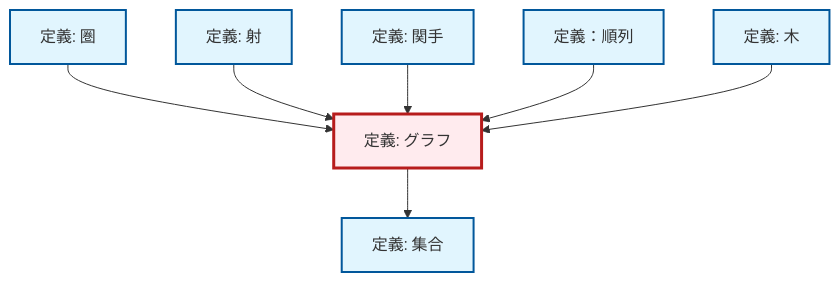
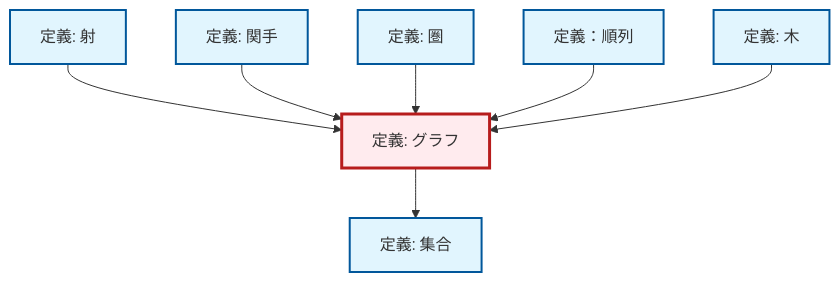
The diagram in content/ja/combinatorics/def-graph.qmd (RK0429/ModernMath), drawn with Mermaid before and after one commit. The commit also changed other lines of this file and 1012 other files, not shown here.

````diff
--- a/content/ja/combinatorics/def-graph.qmd
+++ b/content/ja/combinatorics/def-graph.qmd
@@ -94,29 +94,29 @@
 ```{mermaid}
 %%| fig-cap: "Local dependency graph"
 graph TD
     classDef definition fill:#e1f5fe,stroke:#01579b,stroke-width:2px
     classDef theorem fill:#f3e5f5,stroke:#4a148c,stroke-width:2px
     classDef axiom fill:#fff3e0,stroke:#e65100,stroke-width:2px
     classDef example fill:#e8f5e9,stroke:#1b5e20,stroke-width:2px
     classDef current fill:#ffebee,stroke:#b71c1c,stroke-width:3px
-    def-category["定義: 圏"]:::definition
-    def-graph["定義: グラフ"]:::definition
     def-set["定義: 集合"]:::definition
     def-permutation["定義：順列"]:::definition
+    def-graph["定義: グラフ"]:::definition
+    def-category["定義: 圏"]:::definition
+    def-functor["定義: 関手"]:::definition
+    def-morphism["定義: 射"]:::definition
     def-tree["定義: 木"]:::definition
-    def-morphism["定義: 射"]:::definition
-    def-functor["定義: 関手"]:::definition
-    def-category --> def-graph
     def-graph --> def-set
     def-morphism --> def-graph
     def-functor --> def-graph
+    def-category --> def-graph
     def-permutation --> def-graph
     def-tree --> def-graph
     class def-graph current
-    click def-category "def-category.html" "圏の定義へ"
     click def-set "def-set.html" "集合の定義へ"
     click def-permutation "def-permutation.html" "定義：順列へ"
+    click def-category "def-category.html" "圏の定義へ"
+    click def-functor "def-functor.html" "関手の定義へ"
+    click def-morphism "def-morphism.html" "射の定義へ"
     click def-tree "def-tree.html" "木の定義へ"
-    click def-morphism "def-morphism.html" "射の定義へ"
-    click def-functor "def-functor.html" "関手の定義へ"
 ```
````
